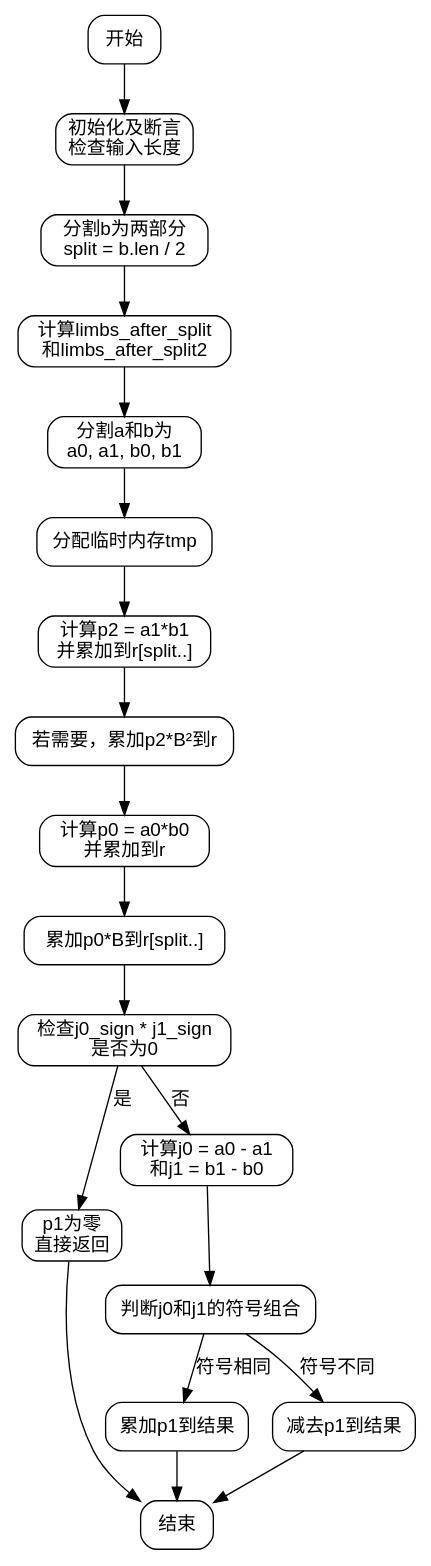
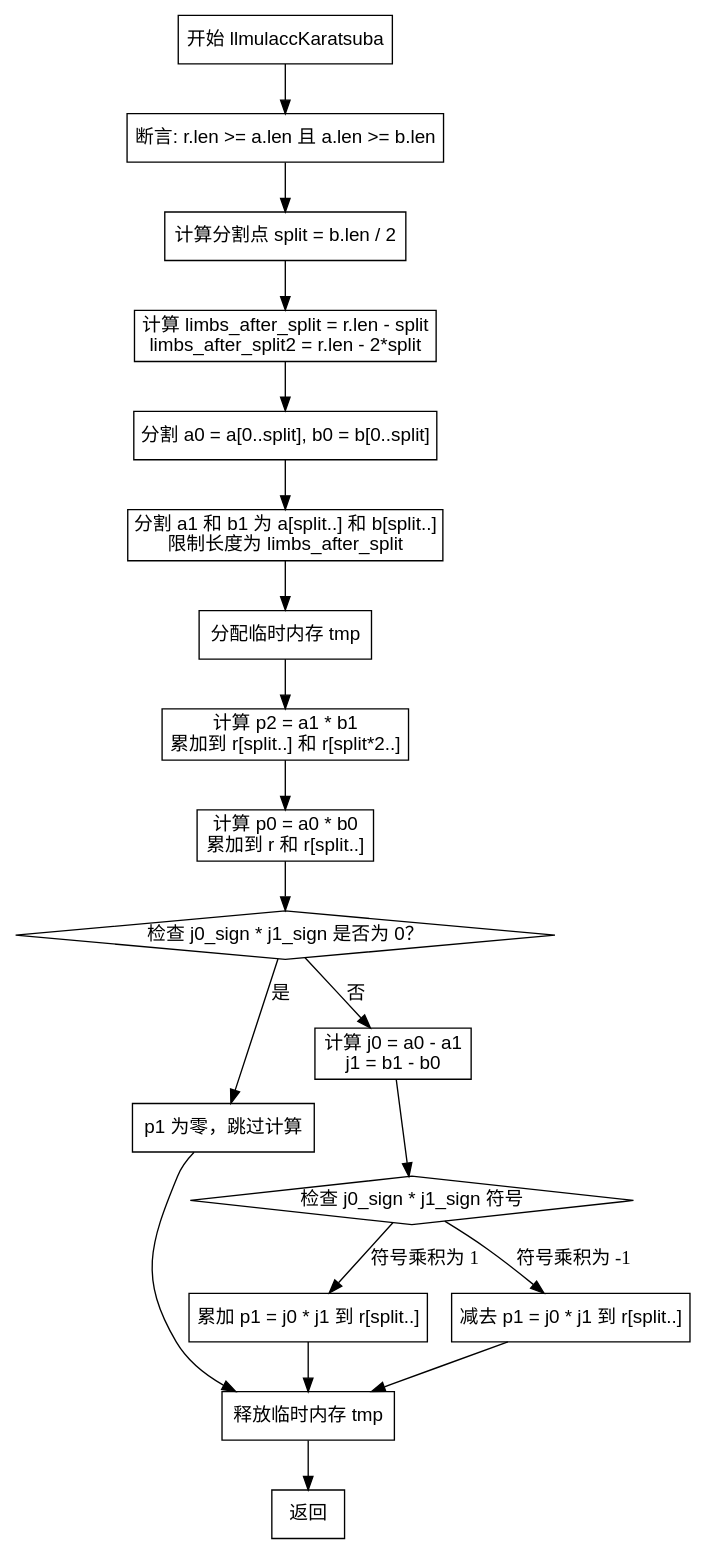
Before and after one commit to sdzx-1/deepseek-zig-reader: the diagram in dot_std/math/big/int.zig.llmulaccKaratsuba.md, drawn with Graphviz. The commit also changed other lines of this file and 236 other files, not shown here.

````diff
--- a/dot_std/math/big/int.zig.llmulaccKaratsuba.md
+++ b/dot_std/math/big/int.zig.llmulaccKaratsuba.md
@@ -27,45 +35,44 @@
-```dot
-digraph flowchart {
-    node [shape=rectangle, style="rounded", fontname="Helvetica"];
-    edge [fontname="Helvetica"];
+```graphviz
+digraph llmulaccKaratsuba {
+    node [shape=rectangle, fontname="Arial"];
+    start [label="开始 llmulaccKaratsuba"];
+    check_assert [label="断言: r.len >= a.len 且 a.len >= b.len"];
+    compute_split [label="计算分割点 split = b.len / 2"];
+    calc_limbs [label="计算 limbs_after_split = r.len - split\n limbs_after_split2 = r.len - 2*split"];
+    slice_a0_b0 [label="分割 a0 = a[0..split], b0 = b[0..split]"];
+    slice_a1_b1 [label="分割 a1 和 b1 为 a[split..] 和 b[split..]\n限制长度为 limbs_after_split"];
+    alloc_tmp [label="分配临时内存 tmp"];
+    compute_p2 [label="计算 p2 = a1 * b1\n累加到 r[split..] 和 r[split*2..]"];
+    compute_p0 [label="计算 p0 = a0 * b0\n累加到 r 和 r[split..]"];
+    check_p1_condition [label="检查 j0_sign * j1_sign 是否为 0？", shape=diamond];
+    handle_zero_p1 [label="p1 为零，跳过计算"];
+    compute_j0_j1 [label="计算 j0 = a0 - a1\n j1 = b1 - b0"];
+    check_signs [label="检查 j0_sign * j1_sign 符号", shape=diamond];
+    add_p1 [label="累加 p1 = j0 * j1 到 r[split..]"];
+    sub_p1 [label="减去 p1 = j0 * j1 到 r[split..]"];
+    free_tmp [label="释放临时内存 tmp"];
+    end [label="返回"];
 
-    start [label="开始"];
-    init [label="初始化及断言\n检查输入长度"];
-    split [label="分割b为两部分\nsplit = b.len / 2"];
-    compute_limbs [label="计算limbs_after_split\n和limbs_after_split2"];
-    split_a_b [label="分割a和b为\na0, a1, b0, b1"];
-    alloc_tmp [label="分配临时内存tmp"];
-    compute_p2 [label="计算p2 = a1*b1\n并累加到r[split..]"];
-    add_p2_B2 [label="若需要，累加p2*B²到r"];
-    compute_p0 [label="计算p0 = a0*b0\n并累加到r"];
-    add_p0_B [label="累加p0*B到r[split..]"];
-    check_p1_zero [label="检查j0_sign * j1_sign\n是否为0"];
-    p1_zero [label="p1为零\n直接返回"];
-    compute_j0_j1 [label="计算j0 = a0 - a1\n和j1 = b1 - b0"];
-    check_signs [label="判断j0和j1的符号组合"];
-    add_p1 [label="累加p1到结果"];
-    subtract_p1 [label="减去p1到结果"];
-    end [label="结束"];
-
-    start -> init;
-    init -> split;
-    split -> compute_limbs;
-    compute_limbs -> split_a_b;
-    split_a_b -> alloc_tmp;
+    start -> check_assert;
+    check_assert -> compute_split;
+    compute_split -> calc_limbs;
+    calc_limbs -> slice_a0_b0;
+    slice_a0_b0 -> slice_a1_b1;
+    slice_a1_b1 -> alloc_tmp;
     alloc_tmp -> compute_p2;
-    compute_p2 -> add_p2_B2;
-    add_p2_B2 -> compute_p0;
-    compute_p0 -> add_p0_B;
-    add_p0_B -> check_p1_zero;
-
-    check_p1_zero -> p1_zero [label="是"];
-    check_p1_zero -> compute_j0_j1 [label="否"];
-    p1_zero -> end;
-
+    compute_p2 -> compute_p0;
+    compute_p0 -> check_p1_condition;
+    
+    check_p1_condition -> handle_zero_p1 [label="是"];
+    check_p1_condition -> compute_j0_j1 [label="否"];
+    handle_zero_p1 -> free_tmp;
+    
     compute_j0_j1 -> check_signs;
-    check_signs -> add_p1 [label="符号相同"];
-    check_signs -> subtract_p1 [label="符号不同"];
-    add_p1 -> end;
-    subtract_p1 -> end;
+    check_signs -> add_p1 [label="符号乘积为 1"];
+    check_signs -> sub_p1 [label="符号乘积为 -1"];
+    add_p1 -> free_tmp;
+    sub_p1 -> free_tmp;
+    
+    free_tmp -> end;
 }
 ```
````
